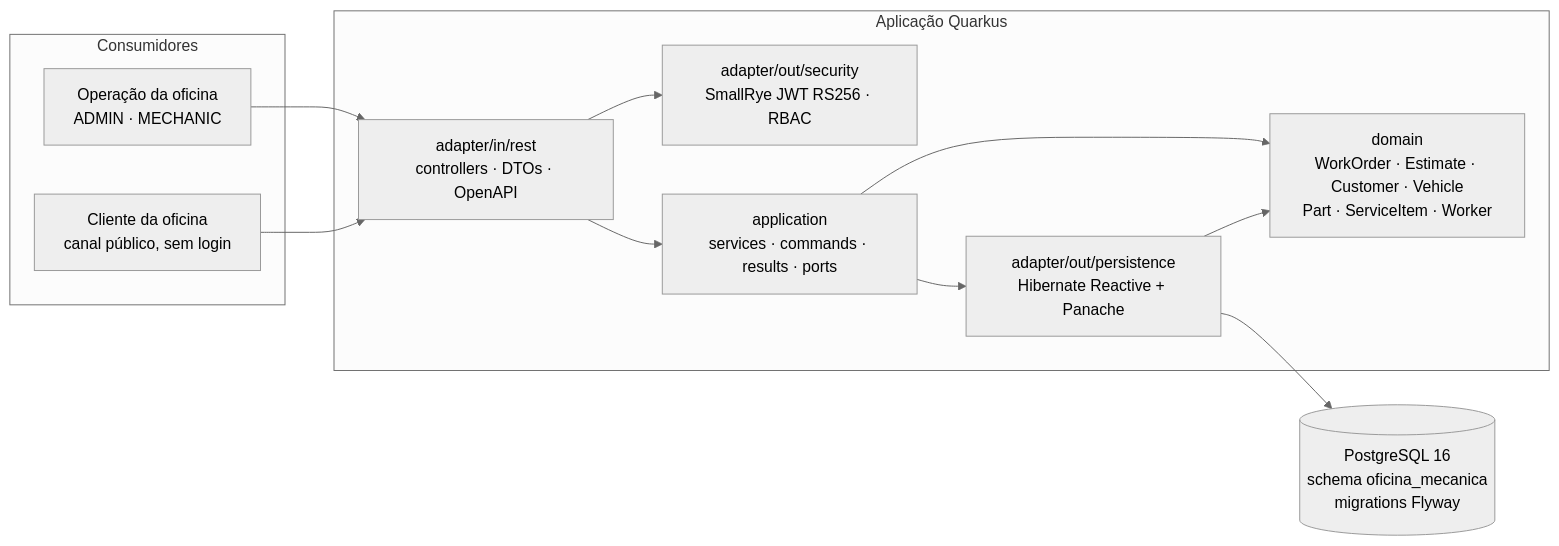
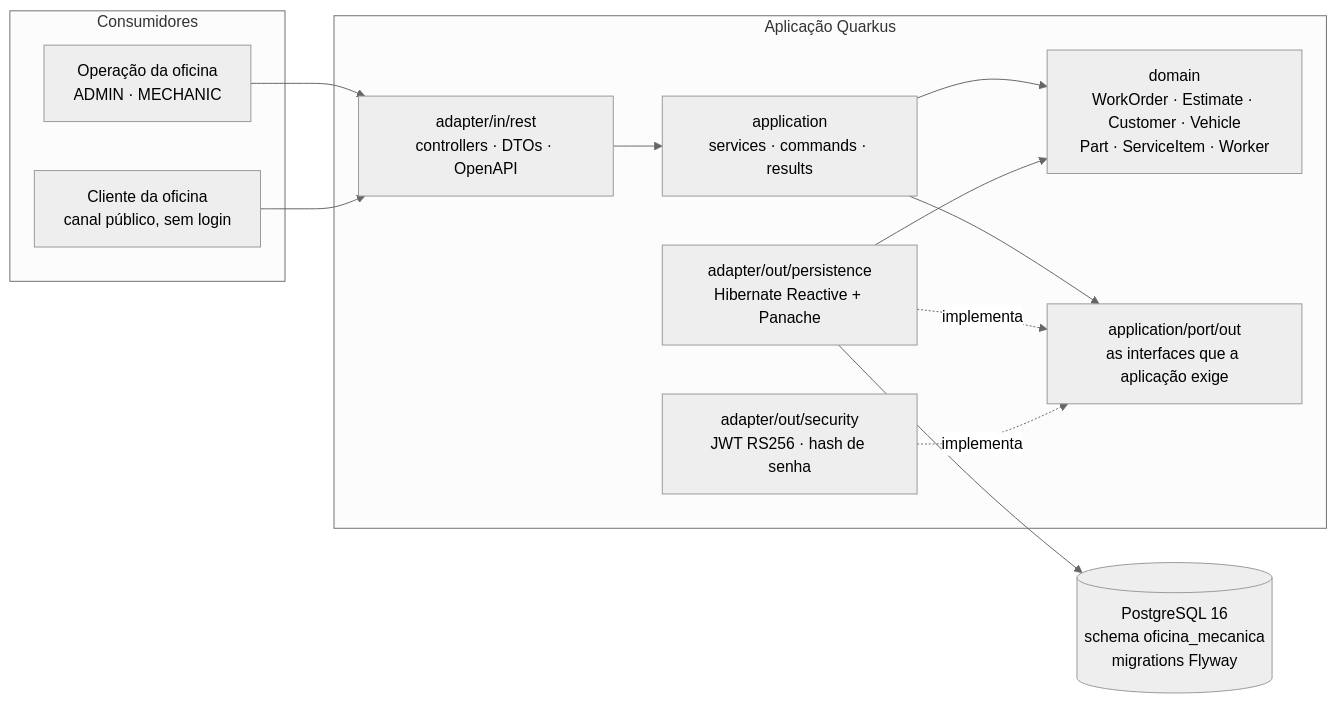
One commit to 15SOAT-JVGG/tech-challenge-fase-1 changed the first of 3 diagrams in README.md. Above: the diagram before and after it, drawn with Mermaid (neutral theme). The commit also changed other lines of this file, not shown here.

````diff
--- a/README.md
+++ b/README.md
@@ -92,26 +93,28 @@
 ```mermaid
 flowchart LR
     subgraph consumidores["Consumidores"]
         operacao["Operação da oficina<br/>ADMIN · MECHANIC"]
         cliente["Cliente da oficina<br/>canal público, sem login"]
     end
 
     subgraph aplicacao["Aplicação Quarkus"]
         rest["adapter/in/rest<br/>controllers · DTOs · OpenAPI"]
-        seguranca["adapter/out/security<br/>SmallRye JWT RS256 · RBAC"]
-        casos["application<br/>services · commands · results · ports"]
+        casos["application<br/>services · commands · results"]
         dominio["domain<br/>WorkOrder · Estimate · Customer · Vehicle<br/>Part · ServiceItem · Worker"]
+        portas["application/port/out<br/>as interfaces que a aplicação exige"]
         persistencia["adapter/out/persistence<br/>Hibernate Reactive + Panache"]
+        seguranca["adapter/out/security<br/>JWT RS256 · hash de senha"]
     end
 
     banco[("PostgreSQL 16<br/>schema oficina_mecanica<br/>migrations Flyway")]
 
     operacao --> rest
     cliente --> rest
-    rest --> seguranca
     rest --> casos
     casos --> dominio
-    casos --> persistencia
+    casos --> portas
+    persistencia -. "implementa" .-> portas
+    seguranca -. "implementa" .-> portas
     persistencia --> dominio
     persistencia --> banco
 ```
````
